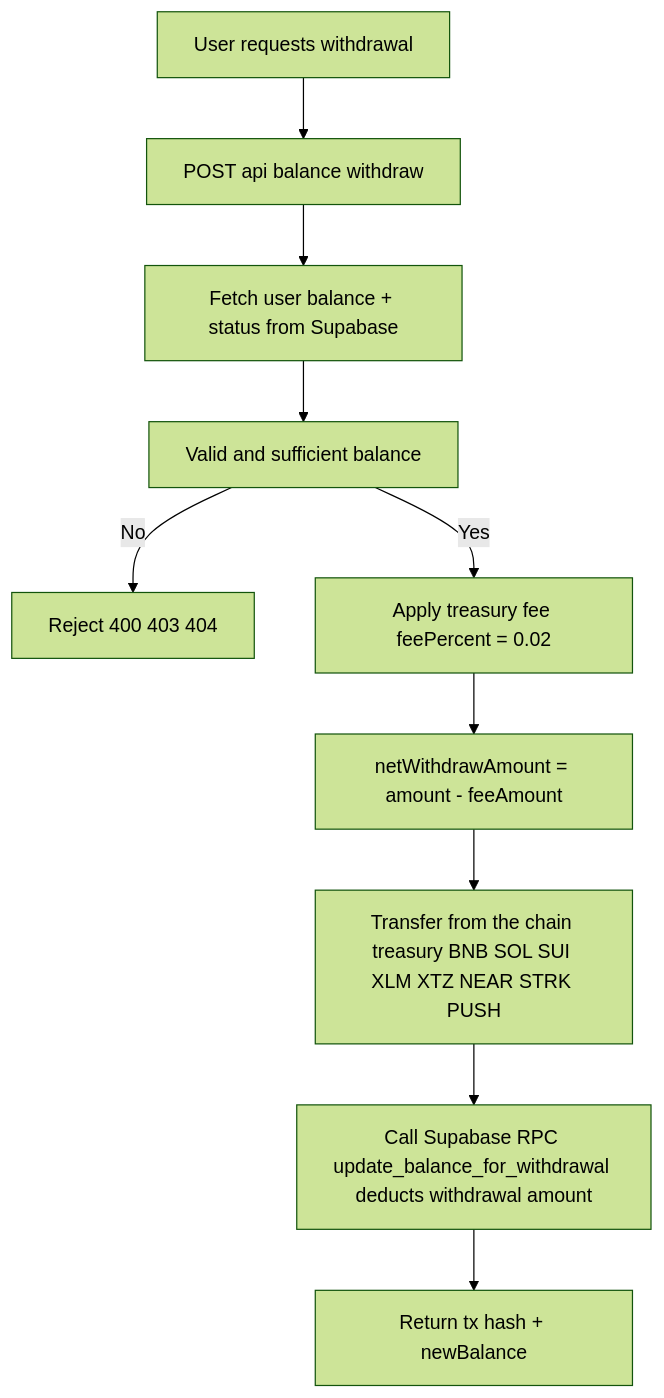
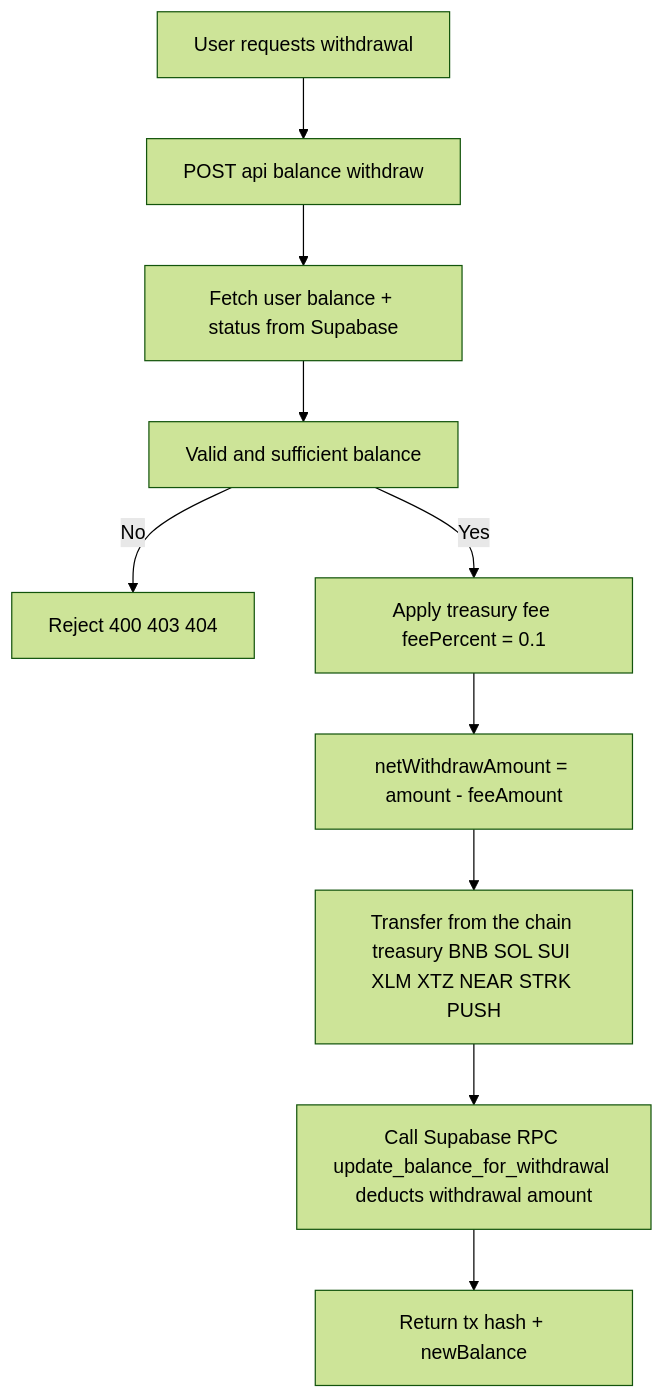
The fifth of 7 diagrams in README.md (dmitro3/Bynomo), drawn with Mermaid (forest theme) before and after one commit. The commit also changed other lines of this file, not shown here.

````diff
--- a/README.md
+++ b/README.md
@@ -271,14 +382,14 @@
 ```mermaid
 flowchart TD
   U[User requests withdrawal] --> W[POST api balance withdraw]
   W --> V[Fetch user balance + status from Supabase]
   V --> X[Valid and sufficient balance]
   X -- No --> Y[Reject 400 403 404]
-  X -- Yes --> Z[Apply treasury fee feePercent = 0.02]
+  X -- Yes --> Z[Apply treasury fee feePercent = 0.1]
   Z --> T[netWithdrawAmount = amount - feeAmount]
 
   T --> S[Transfer from the chain treasury BNB SOL SUI XLM XTZ NEAR STRK PUSH]
   S --> R[Call Supabase RPC update_balance_for_withdrawal deducts withdrawal amount]
 
   R --> OK[Return tx hash + newBalance]
 ```
````
